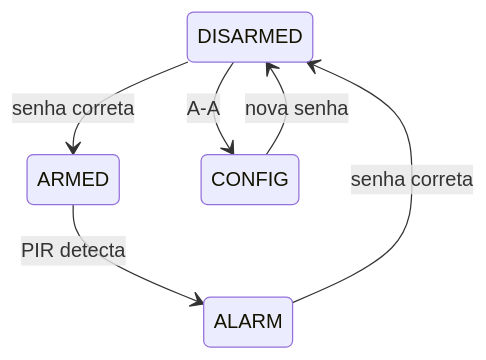
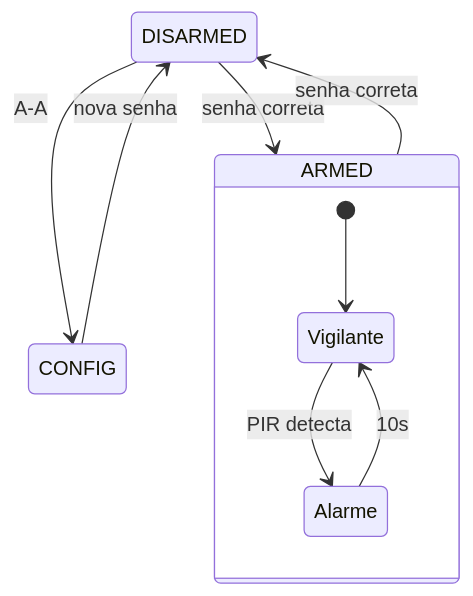
One commit to murilo-rolo/Trabalho3MicMic changed the diagram in README.md. Above: the diagram before and after it, drawn with Mermaid. The commit also changed other lines of this file, not shown here.

````diff
--- a/README.md
+++ b/README.md
@@ -51,8 +51,12 @@
 ```mermaid
 stateDiagram-v2
     DISARMED --> ARMED : senha correta
-    ARMED --> ALARM : PIR detecta
-    ALARM --> DISARMED : senha correta
+    ARMED --> DISARMED : senha correta
     DISARMED --> CONFIG : A-A
     CONFIG --> DISARMED : nova senha
+    state ARMED {
+        [*] --> Vigilante
+        Vigilante --> Alarme : PIR detecta
+        Alarme --> Vigilante : 10s
+    }
 ```
````
